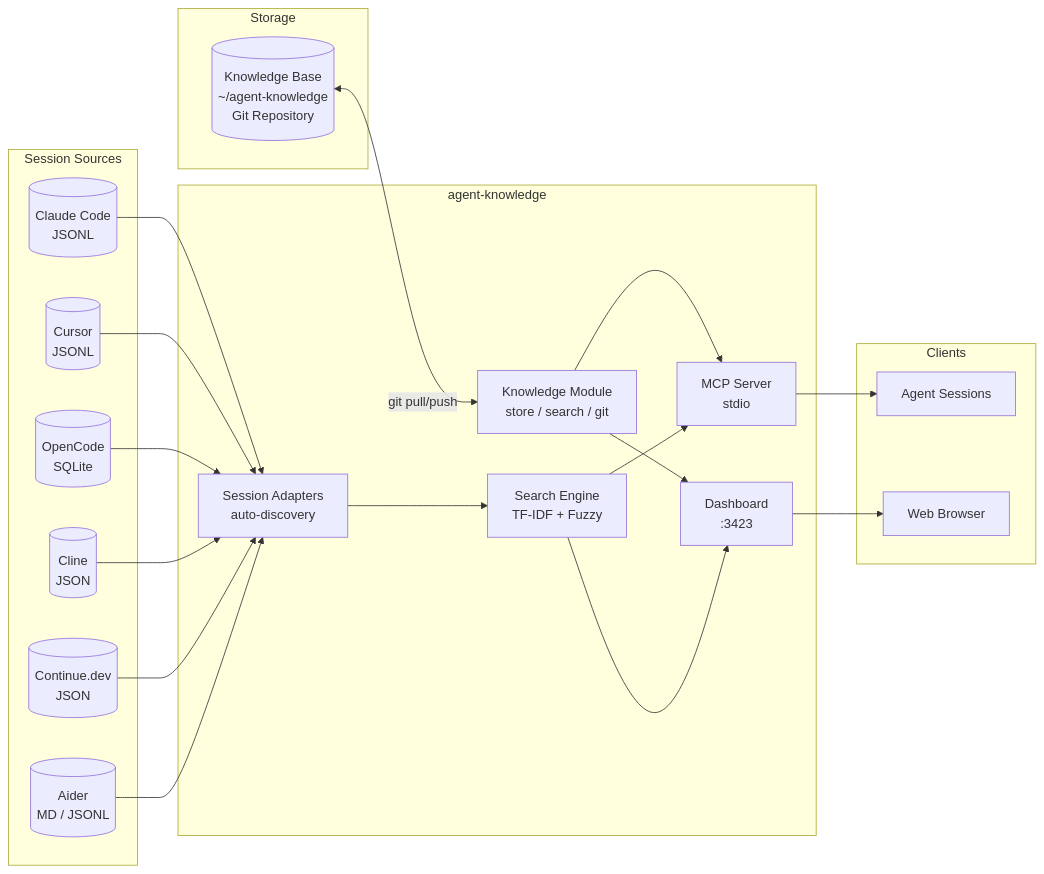
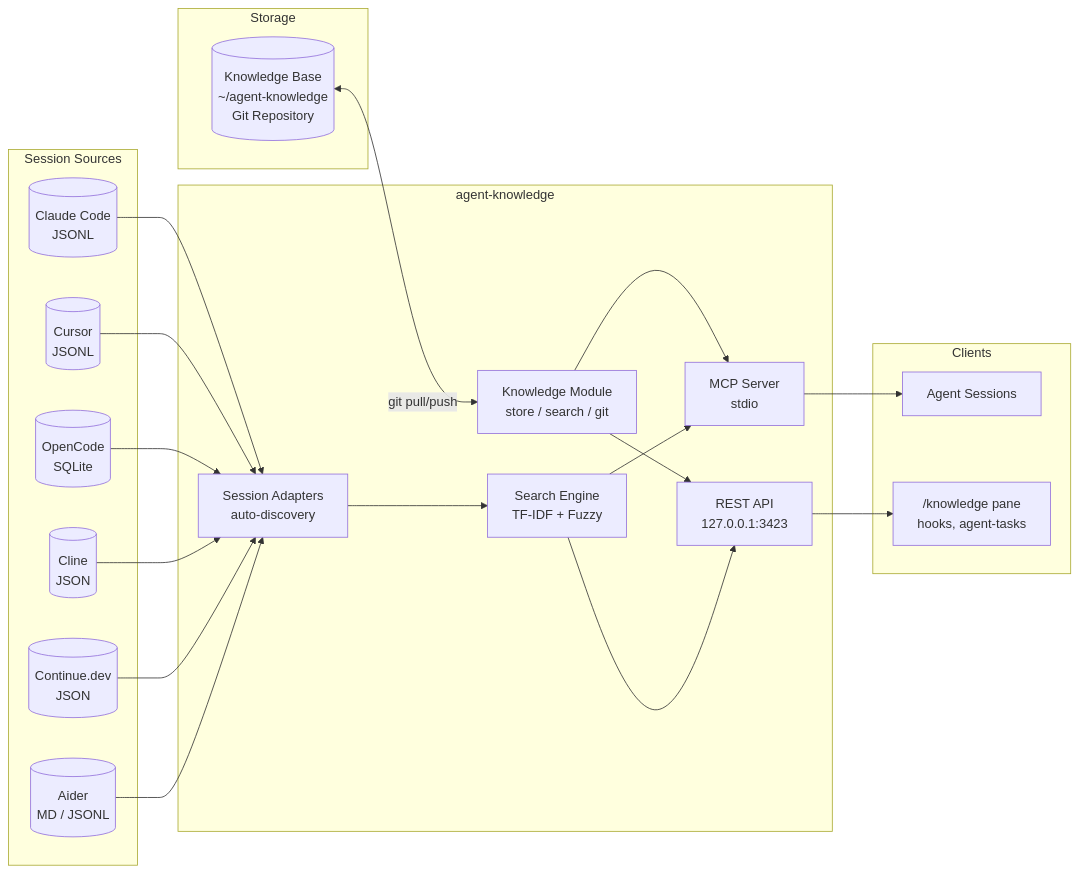
One commit to keshrath/agent-knowledge changed the diagram in README.md. Above: the diagram before and after it, drawn with Mermaid. The commit also changed other lines of this file and 115 other files, not shown here.

Commit message:
v2.0.0: /knowledge Claude Code pane replaces the web dashboard; REST takeover; no agent-common; search excerpts, tool-call parsing and session end times fixed; real-CLI e2e for pane and every MCP tool; user manual with screenshots and GIFs

````diff
--- a/README.md
+++ b/README.md
@@ -252,43 +250,43 @@
 ```mermaid
 graph LR
     subgraph Storage
         KB[(Knowledge Base<br/>~/agent-knowledge<br/>Git Repository)]
     end
 
     subgraph Session Sources
         CC[(Claude Code<br/>JSONL)]
         CU[(Cursor<br/>JSONL)]
         OC[(OpenCode<br/>SQLite)]
         CL[(Cline<br/>JSON)]
         CD[(Continue.dev<br/>JSON)]
         AI[(Aider<br/>MD / JSONL)]
     end
 
     subgraph agent-knowledge
         KM[Knowledge Module<br/>store / search / git]
         AD[Session Adapters<br/>auto-discovery]
         SE[Search Engine<br/>TF-IDF + Fuzzy]
-        DS[Dashboard<br/>:3423]
+        DS[REST API<br/>127.0.0.1:3423]
         MCP[MCP Server<br/>stdio]
     end
 
     subgraph Clients
         AG[Agent Sessions]
-        WB[Web Browser]
+        PN["/knowledge pane<br/>hooks, agent-tasks"]
     end
 
     KB <-->|git pull/push| KM
     CC --> AD
     CU --> AD
     OC --> AD
     CL --> AD
     CD --> AD
     AI --> AD
     AD --> SE
     KM --> MCP
     SE --> MCP
     KM --> DS
     SE --> DS
     MCP --> AG
-    DS --> WB
+    DS --> PN
 ```
````
